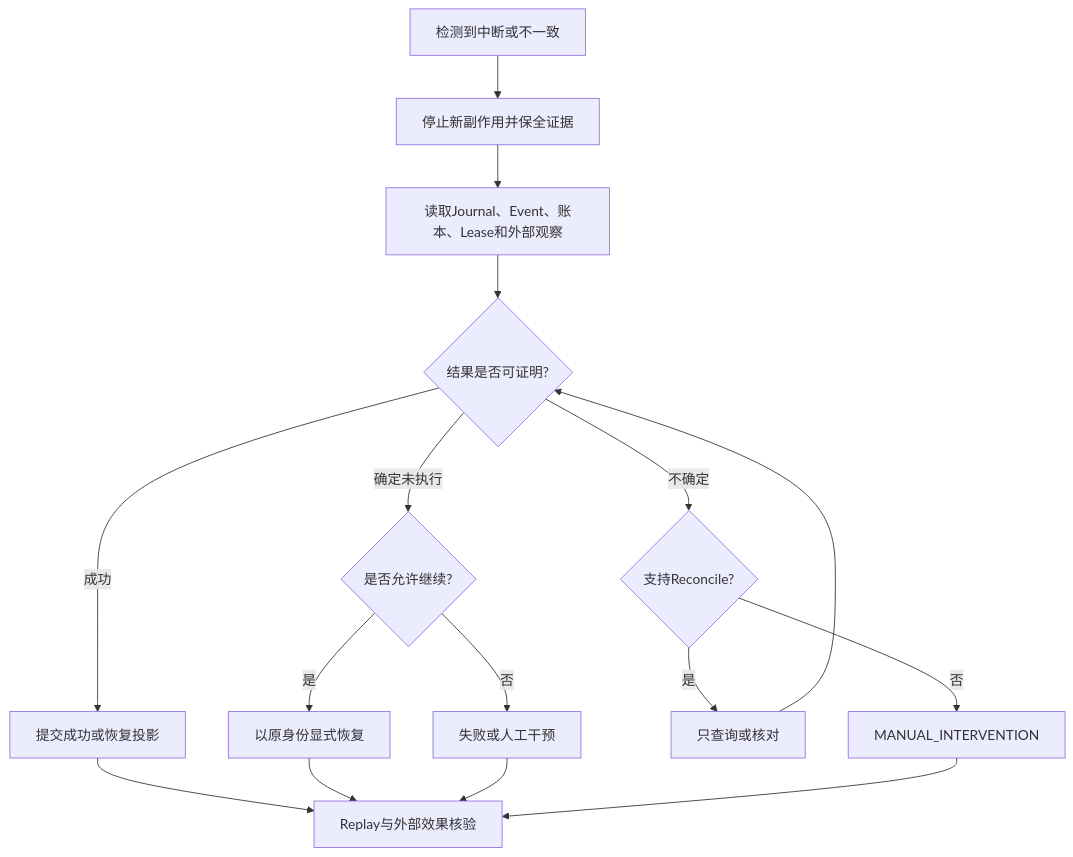
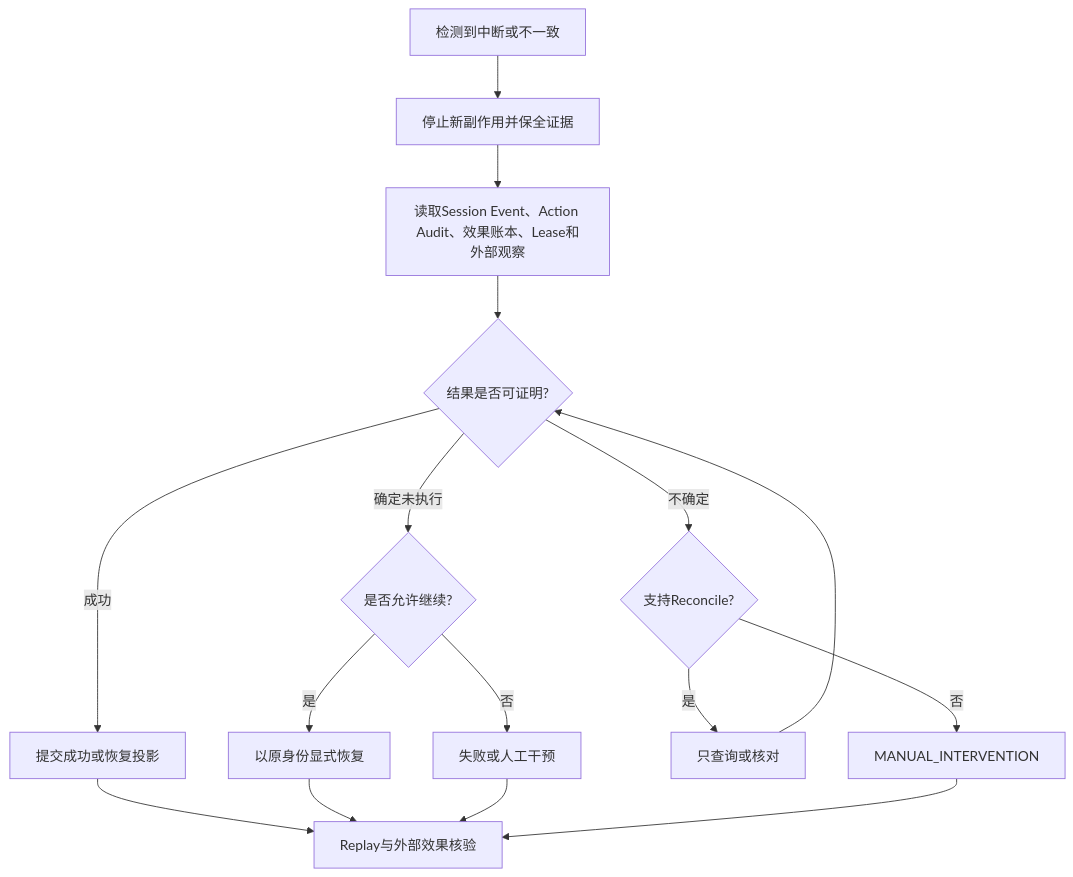
One commit to carrie1988/Harnessix changed the diagram in docs/operations/recovery.md. Above: the diagram before and after it, drawn with Mermaid. The commit also changed other lines of this file and 4 other files, not shown here.

````diff
--- a/docs/operations/recovery.md
+++ b/docs/operations/recovery.md
@@ -74,18 +74,18 @@
 ```mermaid
 flowchart TD
     Incident[检测到中断或不一致] --> Freeze[停止新副作用并保全证据]
-    Freeze --> Facts[读取Journal、Event、账本、Lease和外部观察]
+    Freeze --> Facts[读取Session Event、Action Audit、效果账本、Lease和外部观察]
     Facts --> Known{结果是否可证明?}
     Known -- 成功 --> Commit[提交成功或恢复投影]
     Known -- 确定未执行 --> Safe{是否允许继续?}
     Safe -- 是 --> Resume[以原身份显式恢复]
     Safe -- 否 --> Fail[失败或人工干预]
     Known -- 不确定 --> Recon{支持Reconcile?}
     Recon -- 是 --> Reconcile[只查询或核对]
     Reconcile --> Known
     Recon -- 否 --> Manual[MANUAL_INTERVENTION]
     Commit --> Verify[Replay与外部效果核验]
     Resume --> Verify
     Fail --> Verify
     Manual --> Verify
 ```
````
